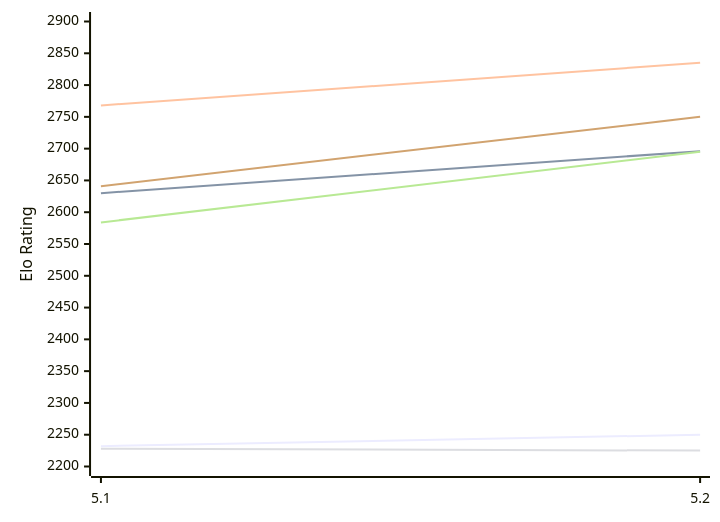
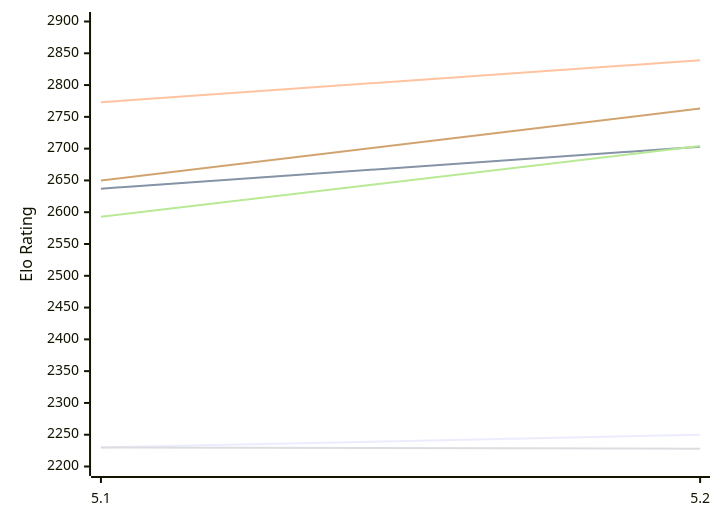
One commit to computer-chess-index/cci changed the first of 2 diagrams in engines/Dorky.md. Above: the diagram before and after it, drawn with Mermaid. The commit also changed other lines of this file, not shown here.

Commit message:
Update CCI Ratings (ELO VLTC) - 2026-11-16

````diff
--- a/engines/Dorky.md
+++ b/engines/Dorky.md
@@ -50,12 +50,12 @@
 ```mermaid
 %%{init: {"theme":"base","themeVariables":{"seriesColors:['#a3a3a3','#222221','#faa371']}}}%%
 xychart-beta
   x-axis ["5.1", "5.2"]
   y-axis "Elo Rating" 2200 --> 2900
-  line "E1: STC (8.0+0.08s)" [2232, 2250]
-  line "E1: LTC (60.0+0.60s)" [2630, 2696]
-  line "E1: VLTC (2m24s+1.12s)" [2768, 2835]
-  line "P1: STC (8.0+0.08s)" [2228, 2225]
-  line "P1: LTC (60.0+0.60s)" [2584, 2695]
-  line "P1: VLTC (2m24s+1.12s)" [2641, 2750]
+  line "E1: STC (8.0+0.08s)" [2230, 2250]
+  line "E1: LTC (60.0+0.60s)" [2637, 2703]
+  line "E1: VLTC (2m24s+1.12s)" [2773, 2839]
+  line "P1: STC (8.0+0.08s)" [2230, 2228]
+  line "P1: LTC (60.0+0.60s)" [2593, 2704]
+  line "P1: VLTC (2m24s+1.12s)" [2650, 2763]
 ```
````
